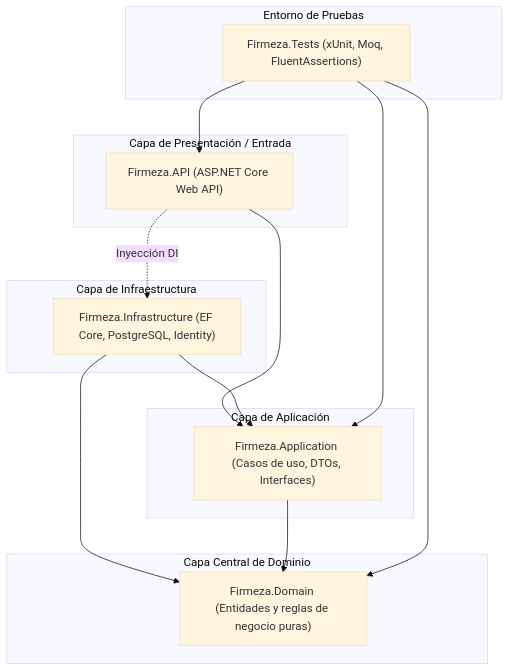
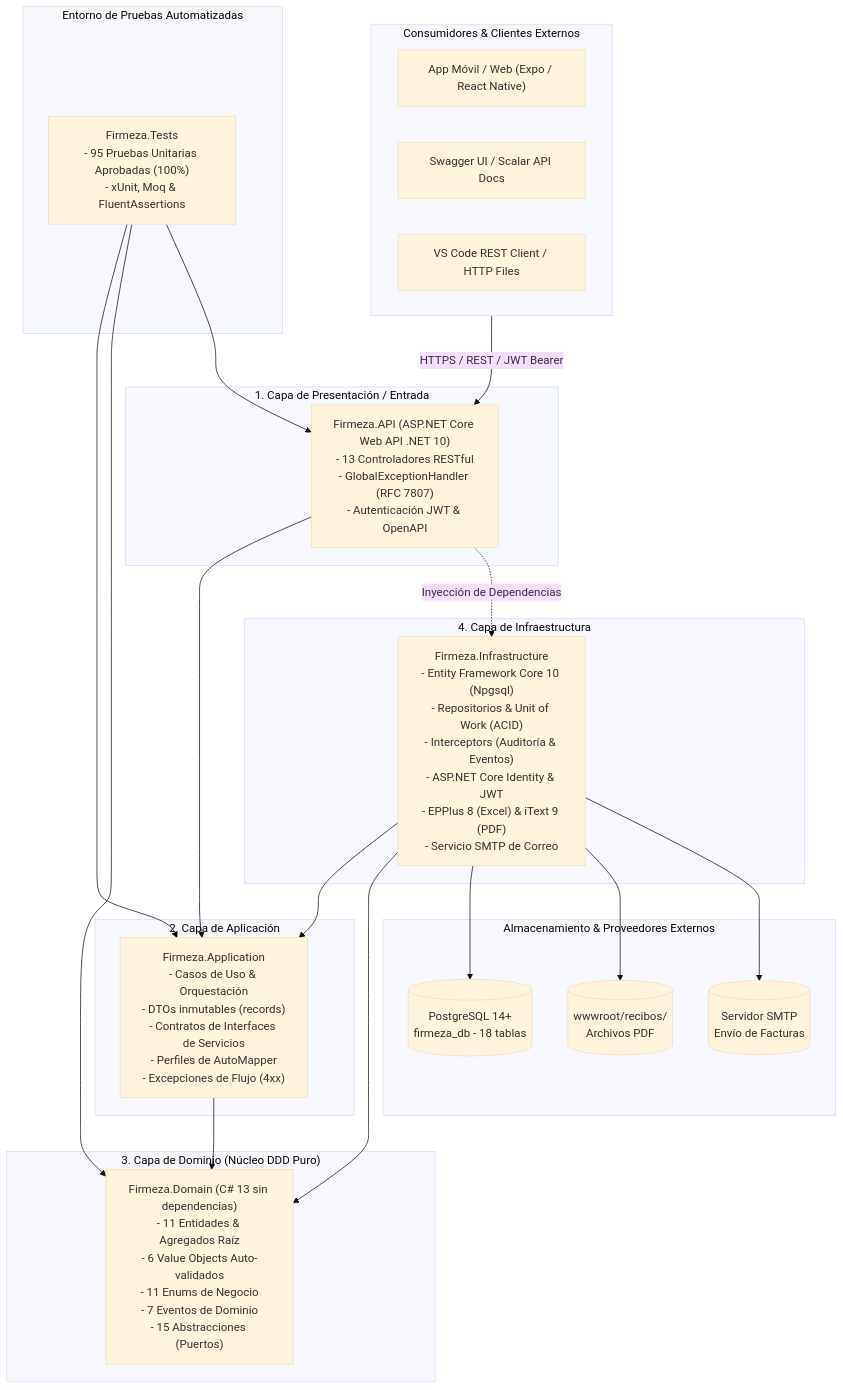
Before and after one commit to jose2520/Firmeza-jd: the first of 2 diagrams in README.md, drawn with Mermaid (base theme). The commit also changed other lines of this file and 162 other files, not shown here.

Commit message:
feat: completar arquitectura limpia, dominio DDD, servicios comerciales, 95 tests unitarios y documentacion exhaustiva en README.md

````diff
--- a/README.md
+++ b/README.md
@@ -11,31 +20,47 @@
 ```mermaid
 graph TD
-    subgraph Presentacion ["Capa de Presentación / Entrada"]
-        API["Firmeza.API (ASP.NET Core Web API)"]
+    subgraph Clientes ["Consumidores & Clientes Externos"]
+        AppMobile["App Móvil / Web (Expo / React Native)"]
+        Swagger["Swagger UI / Scalar API Docs"]
+        HttpClients["VS Code REST Client / HTTP Files"]
     end
 
-    subgraph Infraestructura ["Capa de Infraestructura"]
-        Infra["Firmeza.Infrastructure (EF Core, PostgreSQL, Identity)"]
+    subgraph Presentacion ["1. Capa de Presentación / Entrada"]
+        API["Firmeza.API (ASP.NET Core Web API .NET 10)<br/>- 13 Controladores RESTful<br/>- GlobalExceptionHandler (RFC 7807)<br/>- Autenticación JWT & OpenAPI"]
     end
 
-    subgraph Aplicacion ["Capa de Aplicación"]
-        App["Firmeza.Application (Casos de uso, DTOs, Interfaces)"]
+    subgraph Aplicacion ["2. Capa de Aplicación"]
+        App["Firmeza.Application<br/>- Casos de Uso & Orquestación<br/>- DTOs inmutables (records)<br/>- Contratos de Interfaces de Servicios<br/>- Perfiles de AutoMapper<br/>- Excepciones de Flujo (4xx)"]
     end
 
-    subgraph Dominio ["Capa Central de Dominio"]
-        Dom["Firmeza.Domain (Entidades y reglas de negocio puras)"]
+    subgraph Dominio ["3. Capa de Dominio (Núcleo DDD Puro)"]
+        Dom["Firmeza.Domain (C# 13 sin dependencias)<br/>- 11 Entidades & Agregados Raíz<br/>- 6 Value Objects Auto-validados<br/>- 11 Enums de Negocio<br/>- 7 Eventos de Dominio<br/>- 15 Abstracciones (Puertos)"]
     end
 
-    subgraph Pruebas ["Entorno de Pruebas"]
-        Tests["Firmeza.Tests (xUnit, Moq, FluentAssertions)"]
+    subgraph Infraestructura ["4. Capa de Infraestructura"]
+        Infra["Firmeza.Infrastructure<br/>- Entity Framework Core 10 (Npgsql)<br/>- Repositorios & Unit of Work (ACID)<br/>- Interceptors (Auditoría & Eventos)<br/>- ASP.NET Core Identity & JWT<br/>- EPPlus 8 (Excel) & iText 9 (PDF)<br/>- Servicio SMTP de Correo"]
     end
 
+    subgraph Externos ["Almacenamiento & Proveedores Externos"]
+        Postgres[(PostgreSQL 14+<br/>firmeza_db - 18 tablas)]
+        FileSystem[("wwwroot/recibos/<br/>Archivos PDF")]
+        SmtpServer[("Servidor SMTP<br/>Envío de Facturas")]
+    end
+
+    subgraph Pruebas ["Entorno de Pruebas Automatizadas"]
+        Tests["Firmeza.Tests<br/>- 95 Pruebas Unitarias Aprobadas (100%)<br/>- xUnit, Moq & FluentAssertions"]
+    end
+
+    Clientes -->|HTTPS / REST / JWT Bearer| API
     API --> App
-    API -.->|Inyección DI| Infra
+    API -.->|Inyección de Dependencias| Infra
     Infra --> App
     Infra --> Dom
     App --> Dom
+    Infra --> Postgres
+    Infra --> FileSystem
+    Infra --> SmtpServer
     Tests --> App
     Tests --> Dom
     Tests --> API
 ```
````
